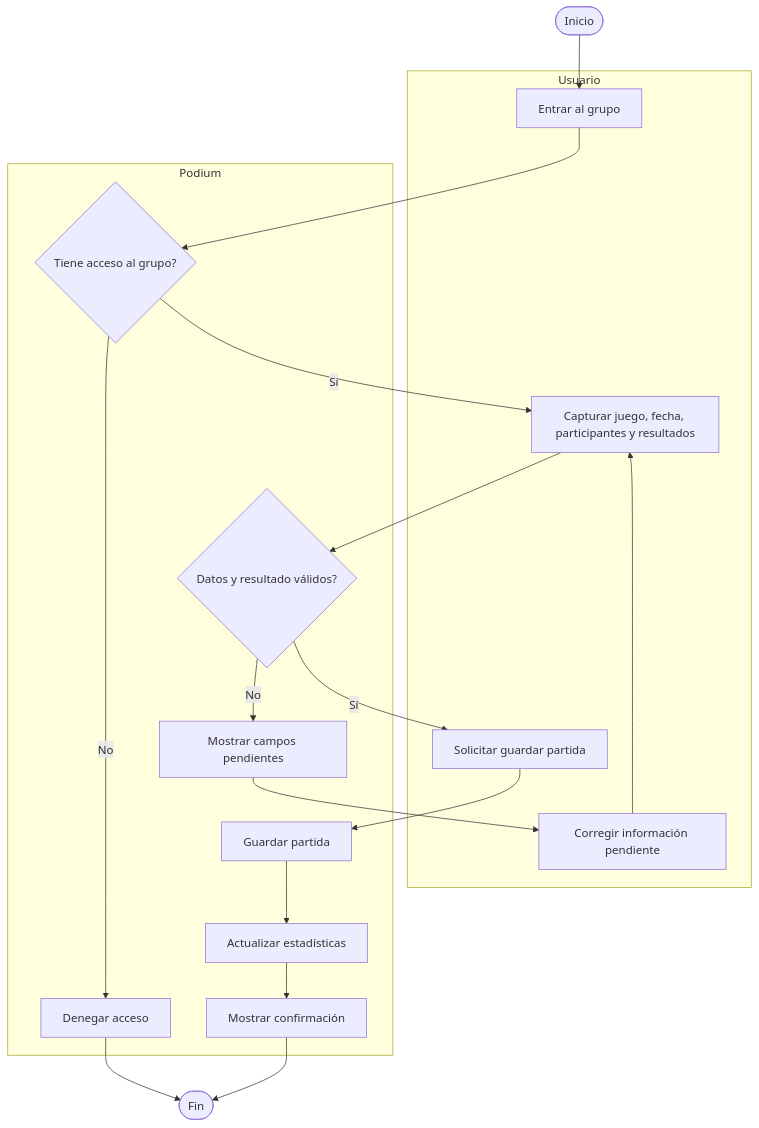
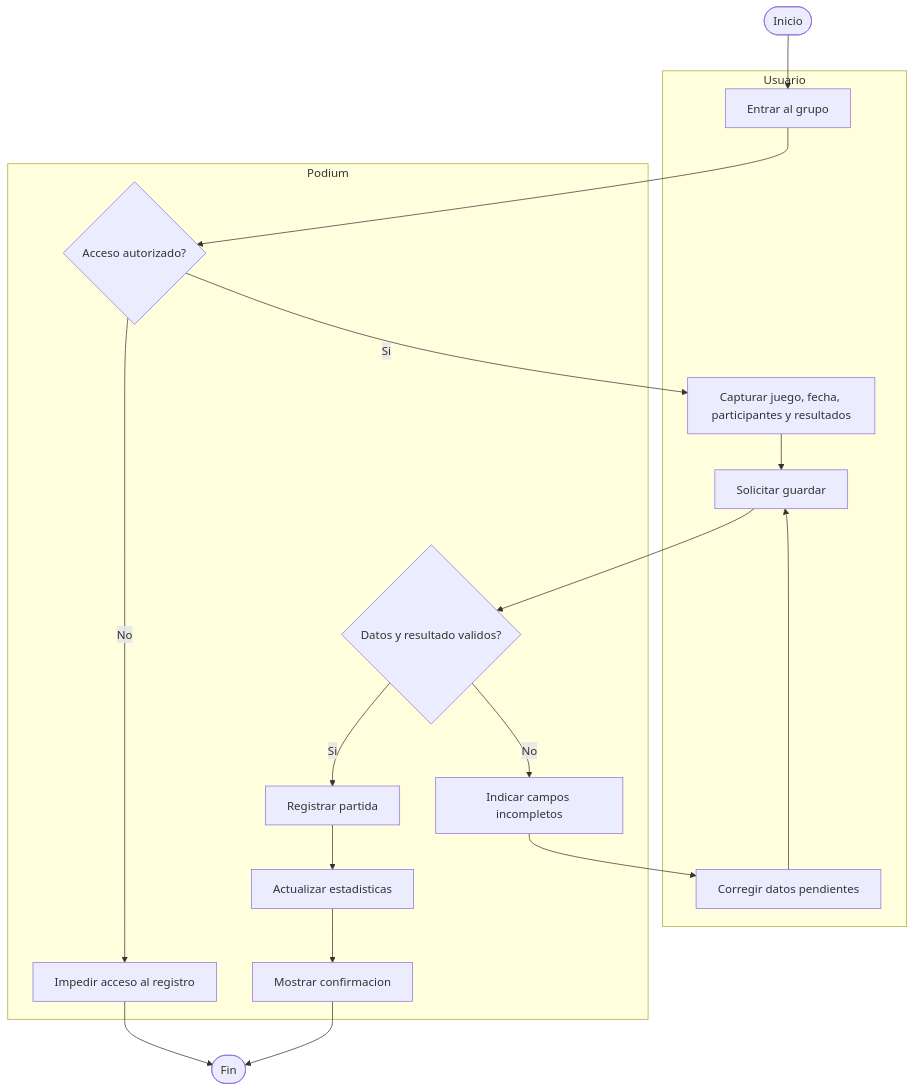
The fourth of 4 diagrams in doc/arch/diagramas-unidad4.md (D0ge342/Podium), drawn with Mermaid before and after one commit. The commit also changed other lines of this file, not shown here.

````diff
--- a/doc/arch/diagramas-unidad4.md
+++ b/doc/arch/diagramas-unidad4.md
@@ -84,28 +259,29 @@
 ```mermaid
 flowchart TD
     inicio([Inicio])
 
-    subgraph Persona[Usuario]
+    subgraph Usuario[Usuario]
         entrar[Entrar al grupo]
         capturar[Capturar juego, fecha, participantes y resultados]
-        corregir[Corregir información pendiente]
-        confirmar[Solicitar guardar partida]
+        solicitar[Solicitar guardar]
+        corregir[Corregir datos pendientes]
     end
 
-    subgraph Sistema[Podium]
-        permiso{Tiene acceso al grupo?}
-        validar{Datos y resultado válidos?}
-        error[Mostrar campos pendientes]
-        denegado[Denegar acceso]
-        guardar[Guardar partida]
-        actualizar[Actualizar estadísticas]
-        exito[Mostrar confirmación]
+    subgraph Podium[Podium]
+        permiso{Acceso autorizado?}
+        validar{Datos y resultado validos?}
+        error[Indicar campos incompletos]
+        denegado[Impedir acceso al registro]
+        guardar[Registrar partida]
+        actualizar[Actualizar estadisticas]
+        exito[Mostrar confirmacion]
     end
 
     fin([Fin])
+
     inicio --> entrar --> permiso
     permiso -->|No| denegado --> fin
-    permiso -->|Sí| capturar --> validar
-    validar -->|No| error --> corregir --> capturar
-    validar -->|Sí| confirmar --> guardar --> actualizar --> exito --> fin
+    permiso -->|Si| capturar --> solicitar --> validar
+    validar -->|No| error --> corregir --> solicitar
+    validar -->|Si| guardar --> actualizar --> exito --> fin
 ```
````
